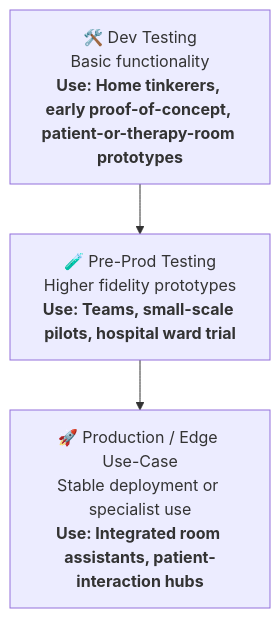
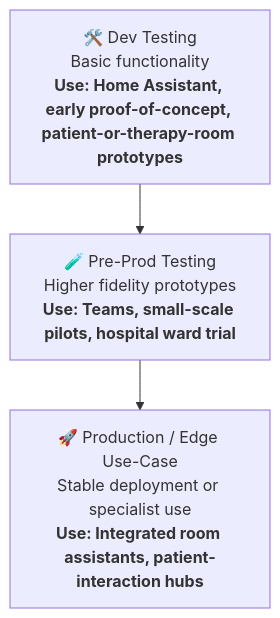
Before and after one commit to David-Barnes-Data-Imaginations/Persona-Forge-Psychology: the second of 3 diagrams in README.md, drawn with Mermaid. The commit also changed other lines of this file, not shown here.

````diff
--- a/README.md
+++ b/README.md
@@ -361,6 +364,6 @@
 ```mermaid
 graph TD
-  A1[🛠️ Dev Testing<br>Basic functionality<br><b>Use: Home tinkerers, early proof-of-concept, patient-or-therapy-room prototypes</b>] --> B1
+  A1[🛠️ Dev Testing<br>Basic functionality<br><b>Use: Home Assistant, early proof-of-concept, patient-or-therapy-room prototypes</b>] --> B1
   B1[🧪 Pre-Prod Testing<br>Higher fidelity prototypes<br><b>Use: Teams, small-scale pilots, hospital ward trial</b>] --> C1
   C1[🚀 Production / Edge Use-Case<br>Stable deployment or specialist use<br><b>Use: Integrated room assistants, patient-interaction hubs</b>]
 ```
````
